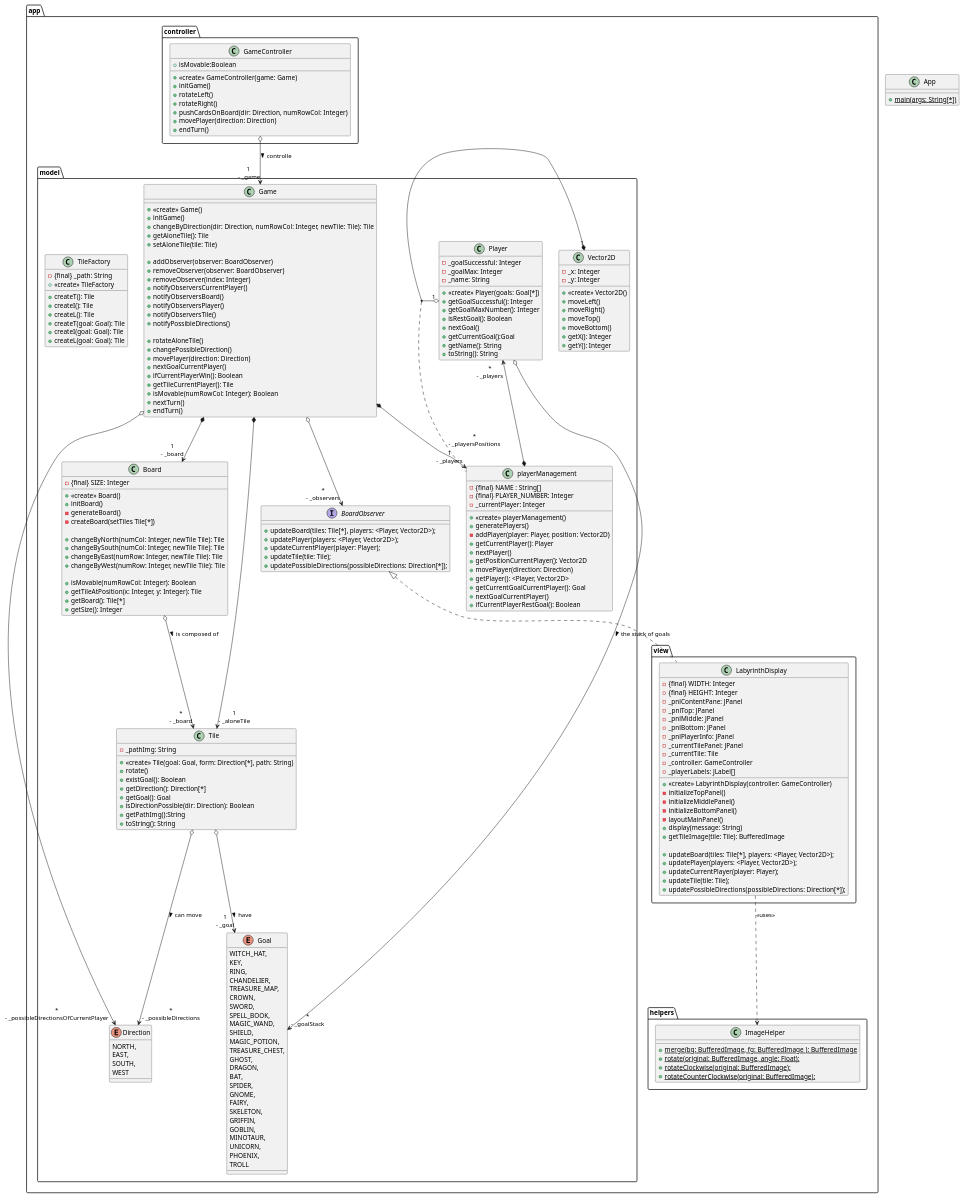
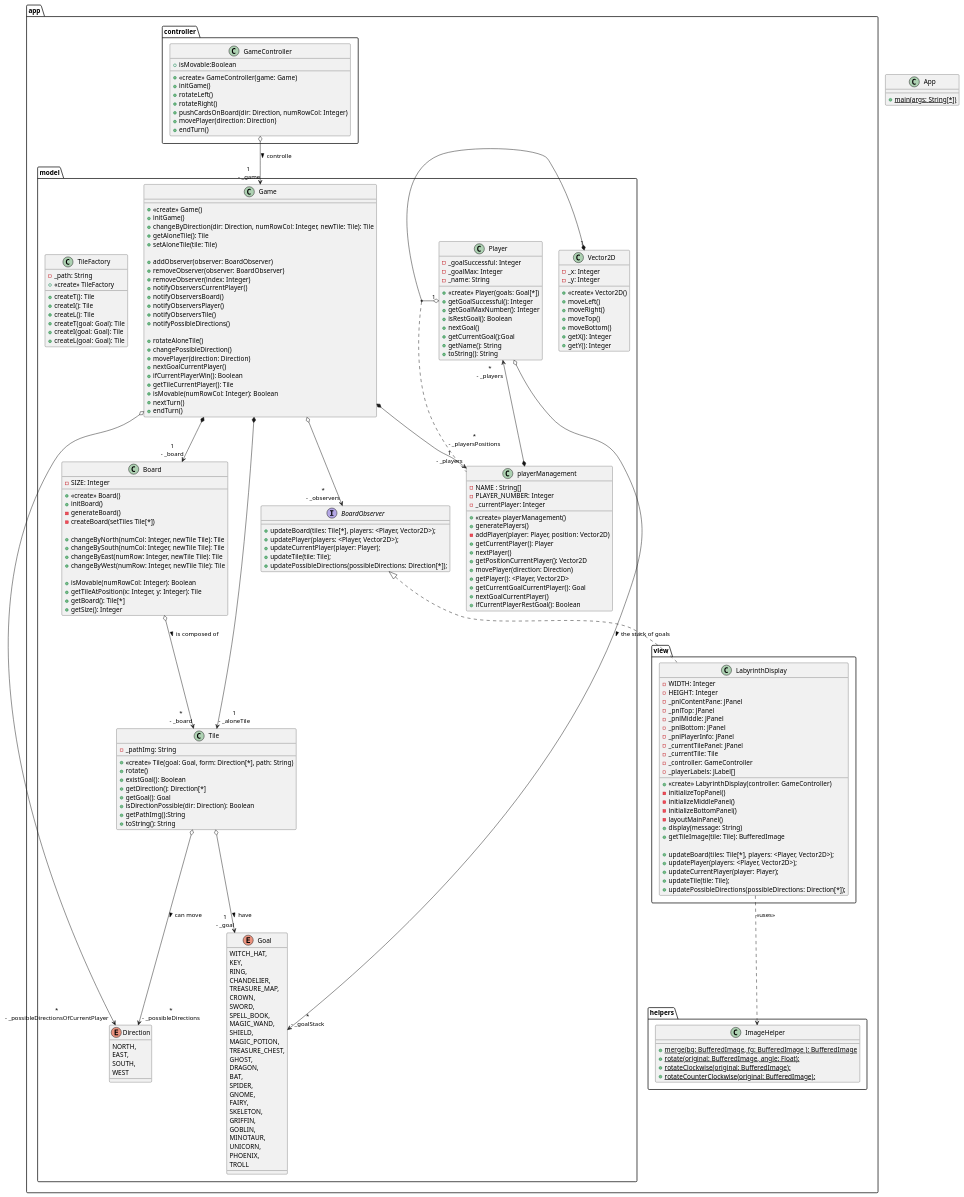
The diagram in src/appLabyrinthe.puml (Lirobi/a31-labyrinthe), drawn with PlantUML before and after one commit. The commit also changed 1 other file, not shown here.

Commit message:
Suppression final dans uml

```diff
--- a/src/appLabyrinthe.puml
+++ b/src/appLabyrinthe.puml
@@ -45,8 +45,8 @@
 
         class playerManagement
         {
-            - {final} NAME : String[]
-            - {final} PLAYER_NUMBER: Integer
+            - NAME : String[]
+            - PLAYER_NUMBER: Integer
             - _currentPlayer: Integer
             + <<create>> playerManagement()
             + generatePlayers()
@@ -65,7 +65,7 @@
         playerManagement *--> "*\n- _players"Player
 
         class Board{
-            - {final} SIZE: Integer
+            - SIZE: Integer
             + <<create>> Board()
             + initBoard()
             - generateBoard()
@@ -113,7 +113,7 @@
         Tile o-->"*\n- _possibleDirections" Direction: > can move 
 
         class TileFactory{
-            - {final} _path: String
+            - _path: String
             + <<create>> TileFactory
             + createT(): Tile
             + createI(): Tile
@@ -191,8 +191,8 @@
     {
         class LabyrinthDisplay implements app.model.BoardObserver
         {
-            - {final} WIDTH: Integer
-            - {final} HEIGHT: Integer
+            - WIDTH: Integer
+            - HEIGHT: Integer
             - _pnlContentPane: JPanel
             - _pnlTop: JPanel
             - _pnlMiddle: JPanel
```
